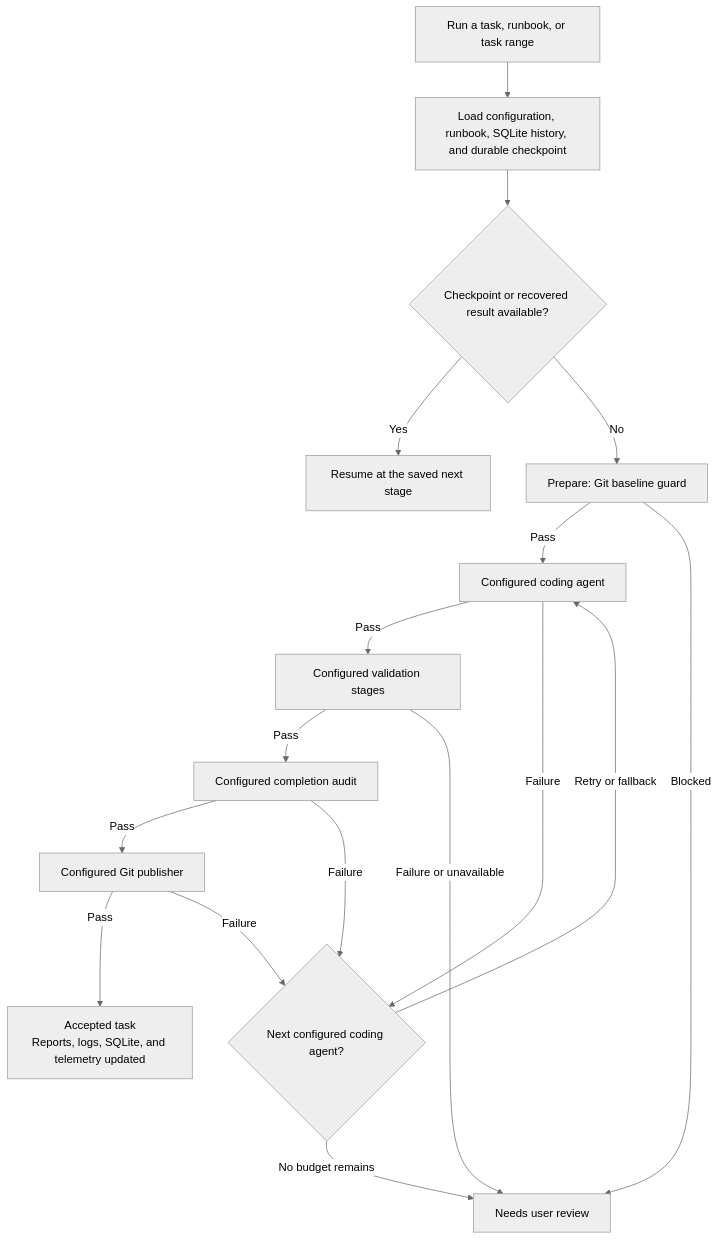
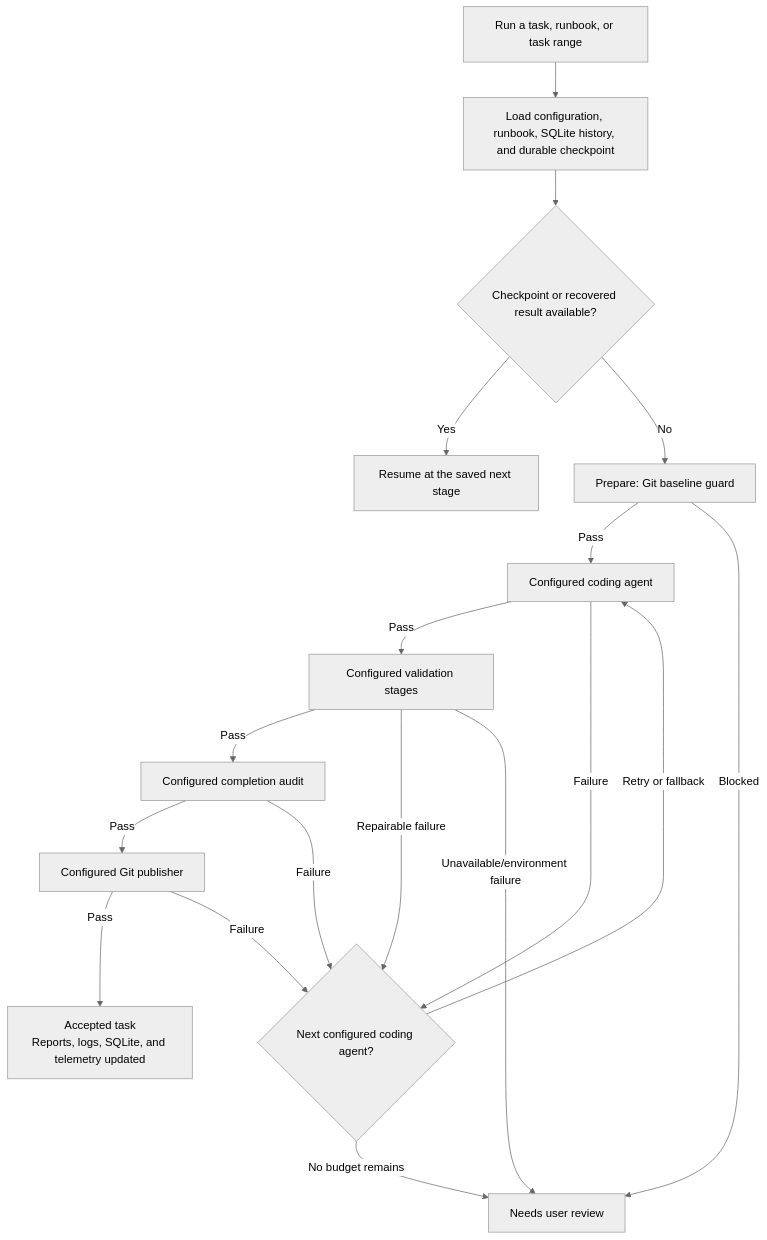
One commit to jakowicz/supervisor changed the diagram in README.md. Above: the diagram before and after it, drawn with Mermaid (neutral theme). The commit also changed other lines of this file, not shown here.

Commit message:
Run repairable failures through terminal validation

````diff
--- a/README.md
+++ b/README.md
@@ -318,20 +318,21 @@
 ```mermaid
 flowchart TB
     start["Run a task, runbook, or task range"] --> load["Load configuration, runbook, SQLite history, and durable checkpoint"]
     load --> resumed{"Checkpoint or recovered result available?"}
     resumed -- "Yes" --> resume["Resume at the saved next stage"]
     resumed -- "No" --> prepare["Prepare: Git baseline guard"]
     prepare -- "Pass" --> coding["Configured coding agent"]
     prepare -- "Blocked" --> review["Needs user review"]
 
     coding -- "Pass" --> validation["Configured validation stages"]
     coding -- "Failure" --> next_agent{"Next configured coding agent?"}
     next_agent -- "Retry or fallback" --> coding
     next_agent -- "No budget remains" --> review
     validation -- "Pass" --> audit["Configured completion audit"]
-    validation -- "Failure or unavailable" --> review
+    validation -- "Repairable failure" --> next_agent
+    validation -- "Unavailable/environment failure" --> review
     audit -- "Pass" --> publish["Configured Git publisher"]
     audit -- "Failure" --> next_agent
     publish -- "Pass" --> accepted["Accepted task\nReports, logs, SQLite, and telemetry updated"]
     publish -- "Failure" --> next_agent
 ```
````
